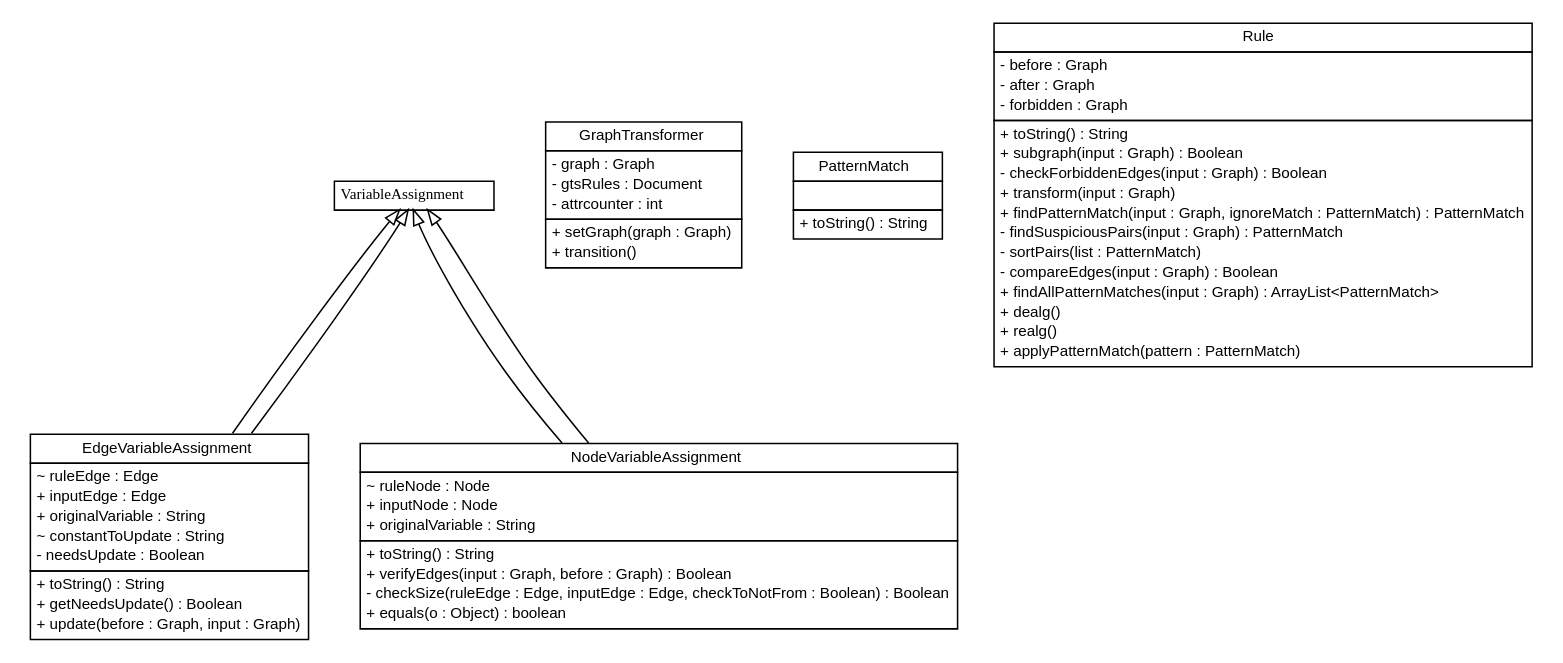
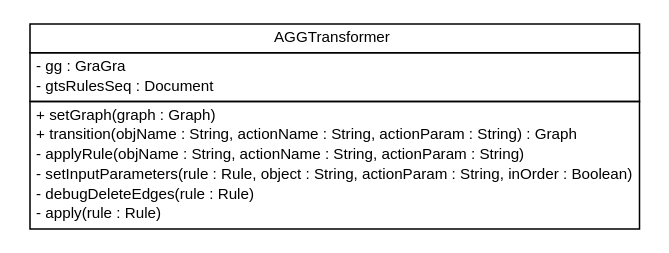
The diagram in javadoc/model/graphTransformer/model.graphTransformer.dot (luisneiva/graf-framework), drawn with Graphviz before and after one commit. The commit also changed 61 other files, not shown here.

```diff
--- a/javadoc/model/graphTransformer/model.graphTransformer.dot
+++ b/javadoc/model/graphTransformer/model.graphTransformer.dot
@@ -1,113 +1,30 @@
 #!/usr/local/bin/dot
 #
 # Class diagram 
 # Generated by UMLGraph version 5.2 (http://www.umlgraph.org/)
 #
 
 digraph G {
 	edge [fontname="arial",fontsize=10,labelfontname="arial",labelfontsize=10];
 	node [fontname="arial",fontsize=10,shape=plaintext];
 	nodesep=0.25;
 	ranksep=0.5;
-	// model.graphTransformer.EdgeVariableAssignment
-	c67 [label=<<table title="model.graphTransformer.EdgeVariableAssignment" border="0" cellborder="1" cellspacing="0" cellpadding="2" port="p" href="./EdgeVariableAssignment.html">
+	// model.graphTransformer.AGGTransformer
+	c139 [label=<<table title="model.graphTransformer.AGGTransformer" border="0" cellborder="1" cellspacing="0" cellpadding="2" port="p" href="./AGGTransformer.html">
 		<tr><td><table border="0" cellspacing="0" cellpadding="1">
-<tr><td align="center" balign="center"> EdgeVariableAssignment </td></tr>
+<tr><td align="center" balign="center"> AGGTransformer </td></tr>
 		</table></td></tr>
 		<tr><td><table border="0" cellspacing="0" cellpadding="1">
-<tr><td align="left" balign="left"> ~ ruleEdge : Edge </td></tr>
-<tr><td align="left" balign="left"> + inputEdge : Edge </td></tr>
-<tr><td align="left" balign="left"> + originalVariable : String </td></tr>
-<tr><td align="left" balign="left"> ~ constantToUpdate : String </td></tr>
-<tr><td align="left" balign="left"> - needsUpdate : Boolean </td></tr>
-		</table></td></tr>
-		<tr><td><table border="0" cellspacing="0" cellpadding="1">
-<tr><td align="left" balign="left"> + toString() : String </td></tr>
-<tr><td align="left" balign="left"> + getNeedsUpdate() : Boolean </td></tr>
-<tr><td align="left" balign="left"> + update(before : Graph, input : Graph) </td></tr>
-		</table></td></tr>
-		</table>>, fontname="arial", fontcolor="black", fontsize=10.0];
-	// model.graphTransformer.GraphTransformer
-	c68 [label=<<table title="model.graphTransformer.GraphTransformer" border="0" cellborder="1" cellspacing="0" cellpadding="2" port="p" href="./GraphTransformer.html">
-		<tr><td><table border="0" cellspacing="0" cellpadding="1">
-<tr><td align="center" balign="center"> GraphTransformer </td></tr>
-		</table></td></tr>
-		<tr><td><table border="0" cellspacing="0" cellpadding="1">
-<tr><td align="left" balign="left"> - graph : Graph </td></tr>
-<tr><td align="left" balign="left"> - gtsRules : Document </td></tr>
-<tr><td align="left" balign="left"> - attrcounter : int </td></tr>
+<tr><td align="left" balign="left"> - gg : GraGra </td></tr>
+<tr><td align="left" balign="left"> - gtsRulesSeq : Document </td></tr>
 		</table></td></tr>
 		<tr><td><table border="0" cellspacing="0" cellpadding="1">
 <tr><td align="left" balign="left"> + setGraph(graph : Graph) </td></tr>
-<tr><td align="left" balign="left"> + transition() </td></tr>
+<tr><td align="left" balign="left"> + transition(objName : String, actionName : String, actionParam : String) : Graph </td></tr>
+<tr><td align="left" balign="left"> - applyRule(objName : String, actionName : String, actionParam : String) </td></tr>
+<tr><td align="left" balign="left"> - setInputParameters(rule : Rule, object : String, actionParam : String, inOrder : Boolean) </td></tr>
+<tr><td align="left" balign="left"> - debugDeleteEdges(rule : Rule) </td></tr>
+<tr><td align="left" balign="left"> - apply(rule : Rule) </td></tr>
 		</table></td></tr>
 		</table>>, fontname="arial", fontcolor="black", fontsize=10.0];
-	// model.graphTransformer.NodeVariableAssignment
-	c69 [label=<<table title="model.graphTransformer.NodeVariableAssignment" border="0" cellborder="1" cellspacing="0" cellpadding="2" port="p" href="./NodeVariableAssignment.html">
-		<tr><td><table border="0" cellspacing="0" cellpadding="1">
-<tr><td align="center" balign="center"> NodeVariableAssignment </td></tr>
-		</table></td></tr>
-		<tr><td><table border="0" cellspacing="0" cellpadding="1">
-<tr><td align="left" balign="left"> ~ ruleNode : Node </td></tr>
-<tr><td align="left" balign="left"> + inputNode : Node </td></tr>
-<tr><td align="left" balign="left"> + originalVariable : String </td></tr>
-		</table></td></tr>
-		<tr><td><table border="0" cellspacing="0" cellpadding="1">
-<tr><td align="left" balign="left"> + toString() : String </td></tr>
-<tr><td align="left" balign="left"> + verifyEdges(input : Graph, before : Graph) : Boolean </td></tr>
-<tr><td align="left" balign="left"> - checkSize(ruleEdge : Edge, inputEdge : Edge, checkToNotFrom : Boolean) : Boolean </td></tr>
-<tr><td align="left" balign="left"> + equals(o : Object) : boolean </td></tr>
-		</table></td></tr>
-		</table>>, fontname="arial", fontcolor="black", fontsize=10.0];
-	// model.graphTransformer.PatternMatch
-	c70 [label=<<table title="model.graphTransformer.PatternMatch" border="0" cellborder="1" cellspacing="0" cellpadding="2" port="p" href="./PatternMatch.html">
-		<tr><td><table border="0" cellspacing="0" cellpadding="1">
-<tr><td align="center" balign="center"> PatternMatch </td></tr>
-		</table></td></tr>
-		<tr><td><table border="0" cellspacing="0" cellpadding="1">
-<tr><td align="left" balign="left">  </td></tr>
-		</table></td></tr>
-		<tr><td><table border="0" cellspacing="0" cellpadding="1">
-<tr><td align="left" balign="left"> + toString() : String </td></tr>
-		</table></td></tr>
-		</table>>, fontname="arial", fontcolor="black", fontsize=10.0];
-	// model.graphTransformer.Rule
-	c71 [label=<<table title="model.graphTransformer.Rule" border="0" cellborder="1" cellspacing="0" cellpadding="2" port="p" href="./Rule.html">
-		<tr><td><table border="0" cellspacing="0" cellpadding="1">
-<tr><td align="center" balign="center"> Rule </td></tr>
-		</table></td></tr>
-		<tr><td><table border="0" cellspacing="0" cellpadding="1">
-<tr><td align="left" balign="left"> - before : Graph </td></tr>
-<tr><td align="left" balign="left"> - after : Graph </td></tr>
-<tr><td align="left" balign="left"> - forbidden : Graph </td></tr>
-		</table></td></tr>
-		<tr><td><table border="0" cellspacing="0" cellpadding="1">
-<tr><td align="left" balign="left"> + toString() : String </td></tr>
-<tr><td align="left" balign="left"> + subgraph(input : Graph) : Boolean </td></tr>
-<tr><td align="left" balign="left"> - checkForbiddenEdges(input : Graph) : Boolean </td></tr>
-<tr><td align="left" balign="left"> + transform(input : Graph) </td></tr>
-<tr><td align="left" balign="left"> + findPatternMatch(input : Graph, ignoreMatch : PatternMatch) : PatternMatch </td></tr>
-<tr><td align="left" balign="left"> - findSuspiciousPairs(input : Graph) : PatternMatch </td></tr>
-<tr><td align="left" balign="left"> - sortPairs(list : PatternMatch) </td></tr>
-<tr><td align="left" balign="left"> - compareEdges(input : Graph) : Boolean </td></tr>
-<tr><td align="left" balign="left"> + findAllPatternMatches(input : Graph) : ArrayList&lt;PatternMatch&gt; </td></tr>
-<tr><td align="left" balign="left"> + dealg() </td></tr>
-<tr><td align="left" balign="left"> + realg() </td></tr>
-<tr><td align="left" balign="left"> + applyPatternMatch(pattern : PatternMatch) </td></tr>
-		</table></td></tr>
-		</table>>, fontname="arial", fontcolor="black", fontsize=10.0];
-	// model.graphTransformer.VariableAssignment
-	c72 [label=<<table title="model.graphTransformer.VariableAssignment" border="0" cellborder="1" cellspacing="0" cellpadding="2" port="p" href="./VariableAssignment.html">
-		<tr><td><table border="0" cellspacing="0" cellpadding="1">
-<tr><td align="center" balign="center"><font face="ariali"> VariableAssignment </font></td></tr>
-		</table></td></tr>
-		</table>>, fontname="arial", fontcolor="black", fontsize=10.0];
-	//model.graphTransformer.EdgeVariableAssignment extends model.graphTransformer.VariableAssignment
-	c72:p -> c67:p [dir=back,arrowtail=empty];
-	//model.graphTransformer.NodeVariableAssignment extends model.graphTransformer.VariableAssignment
-	c72:p -> c69:p [dir=back,arrowtail=empty];
-	//model.graphTransformer.NodeVariableAssignment extends model.graphTransformer.VariableAssignment
-	c72:p -> c69:p [dir=back,arrowtail=empty];
-	//model.graphTransformer.EdgeVariableAssignment extends model.graphTransformer.VariableAssignment
-	c72:p -> c67:p [dir=back,arrowtail=empty];
 }
```
